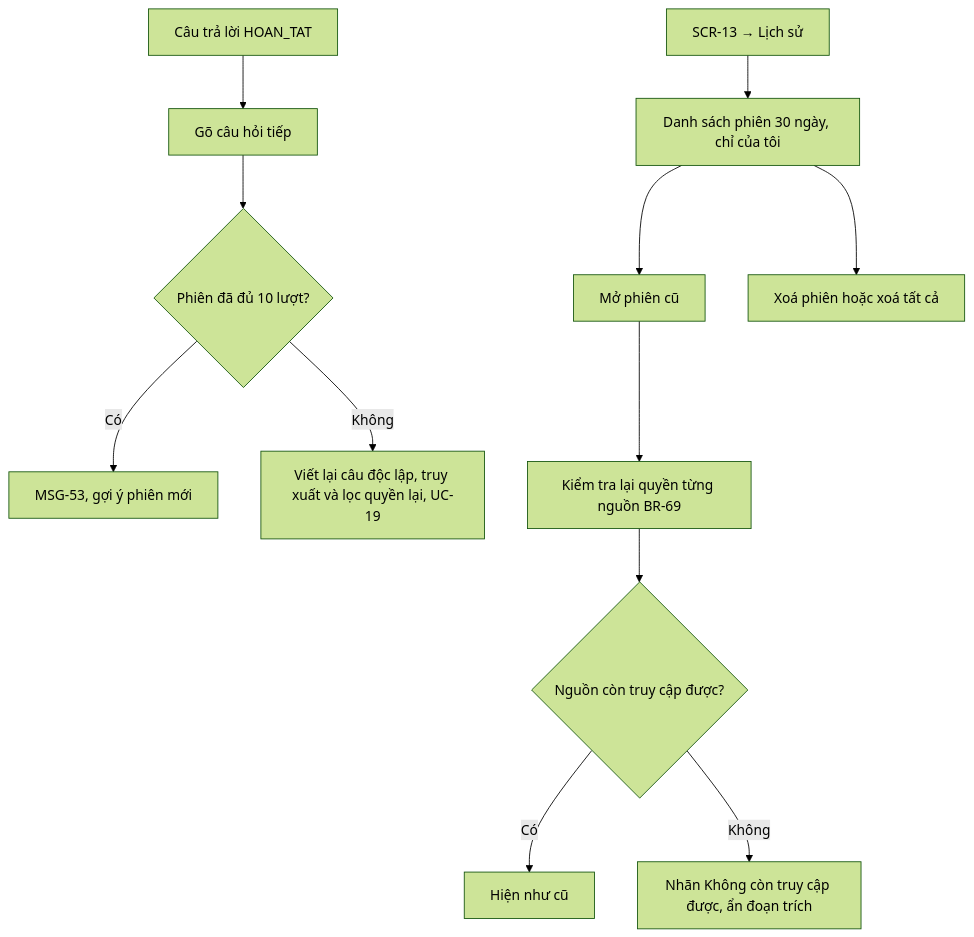
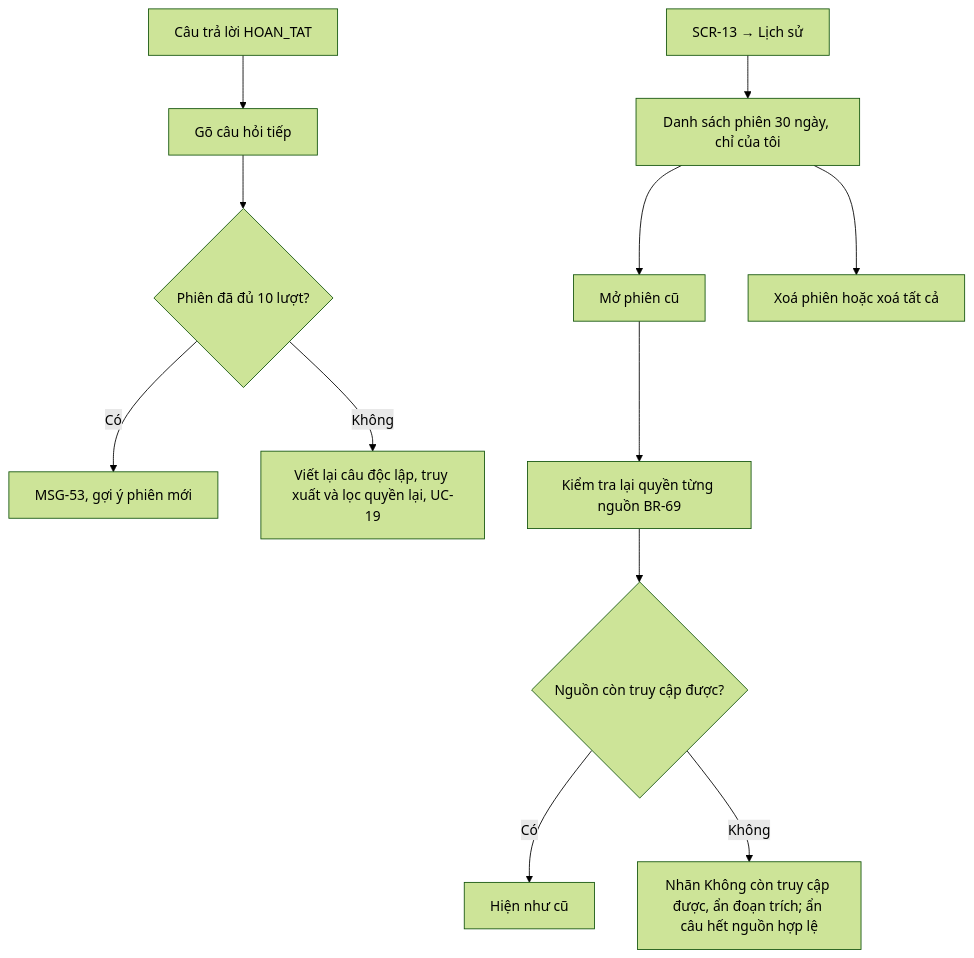
Before and after one commit to uxfoundation-vn/de08-nhan-tin-noi-bo-ai: the third of 5 diagrams in docs/TN05-ai-hoi-dap/SRS.md, drawn with Mermaid (forest theme). The commit also changed other lines of this file and 10 other files, not shown here.

````diff
--- a/docs/TN05-ai-hoi-dap/SRS.md
+++ b/docs/TN05-ai-hoi-dap/SRS.md
@@ -162,14 +162,14 @@
 ```mermaid
 flowchart TD
   A["Câu trả lời HOAN_TAT"] --> B["Gõ câu hỏi tiếp"]
   B --> C{"Phiên đã đủ 10 lượt?"}
   C -->|Có| C1["MSG-53, gợi ý phiên mới"]
   C -->|Không| D["Viết lại câu độc lập, truy xuất và lọc quyền lại, UC-19"]
   E["SCR-13 → Lịch sử"] --> F["Danh sách phiên 30 ngày, chỉ của tôi"]
   F --> G["Mở phiên cũ"]
   G --> H["Kiểm tra lại quyền từng nguồn BR-69"]
   H --> I{"Nguồn còn truy cập được?"}
   I -->|Có| J["Hiện như cũ"]
-  I -->|Không| K["Nhãn Không còn truy cập được, ẩn đoạn trích"]
+  I -->|Không| K["Nhãn Không còn truy cập được, ẩn đoạn trích; ẩn câu hết nguồn hợp lệ"]
   F --> L["Xoá phiên hoặc xoá tất cả"]
 ```
````
